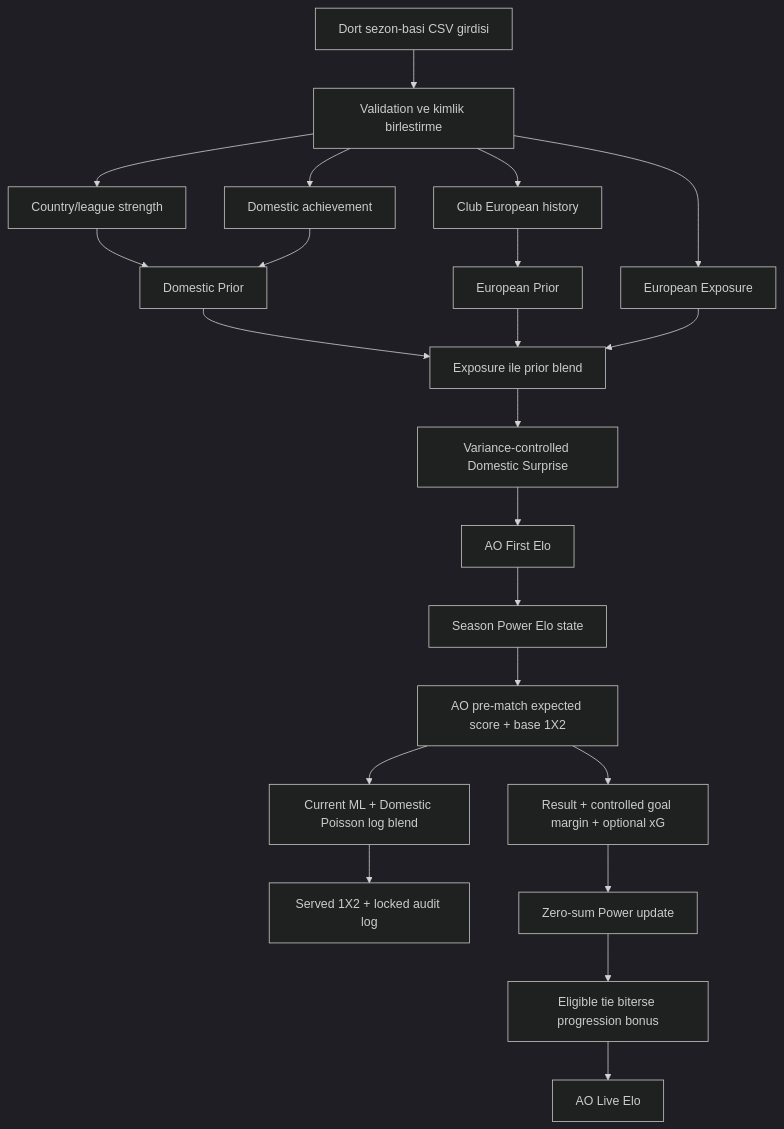
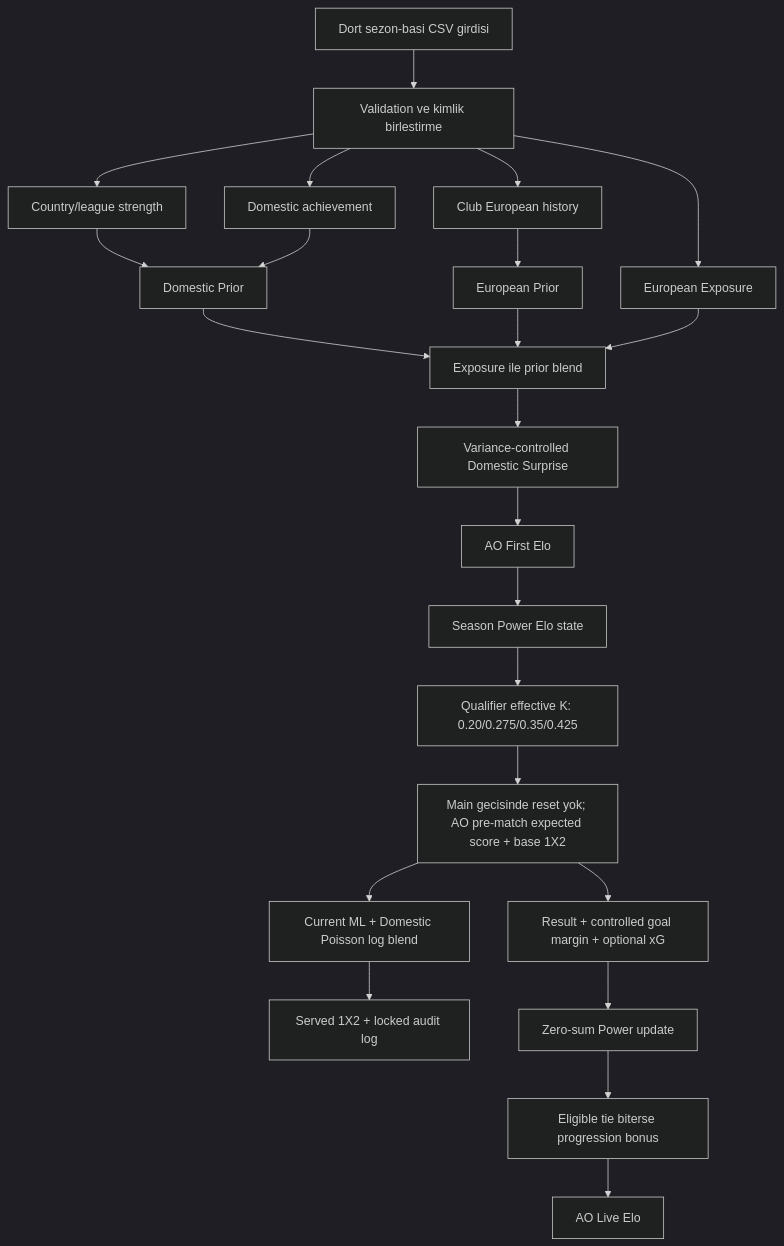
The diagram in CODEX.md (EtkaCandemir/AkilOyunuElo), drawn with Mermaid (dark theme) before and after one commit. The commit also changed other lines of this file and 119 other files, not shown here.

````diff
--- a/CODEX.md
+++ b/CODEX.md
@@ -91,24 +95,25 @@
 ```mermaid
 flowchart TD
     A["Dort sezon-basi CSV girdisi"] --> B["Validation ve kimlik birlestirme"]
     B --> C["Country/league strength"]
     B --> D["Domestic achievement"]
     C --> E["Domestic Prior"]
     D --> E
     B --> F["Club European history"]
     F --> G["European Prior"]
     B --> H["European Exposure"]
     E --> I["Exposure ile prior blend"]
     G --> I
     H --> I
     I --> J["Variance-controlled Domestic Surprise"]
     J --> K["AO First Elo"]
     K --> L["Season Power Elo state"]
-    L --> M["AO pre-match expected score + base 1X2"]
+    L --> L2["Qualifier effective K: 0.20/0.275/0.35/0.425"]
+    L2 --> M["Main gecisinde reset yok; AO pre-match expected score + base 1X2"]
     M --> M2["Current ML + Domestic Poisson log blend"]
     M2 --> M3["Served 1X2 + locked audit log"]
     M --> N["Result + controlled goal margin + optional xG"]
     N --> O["Zero-sum Power update"]
     O --> P["Eligible tie biterse progression bonus"]
     P --> Q["AO Live Elo"]
 ```
````
